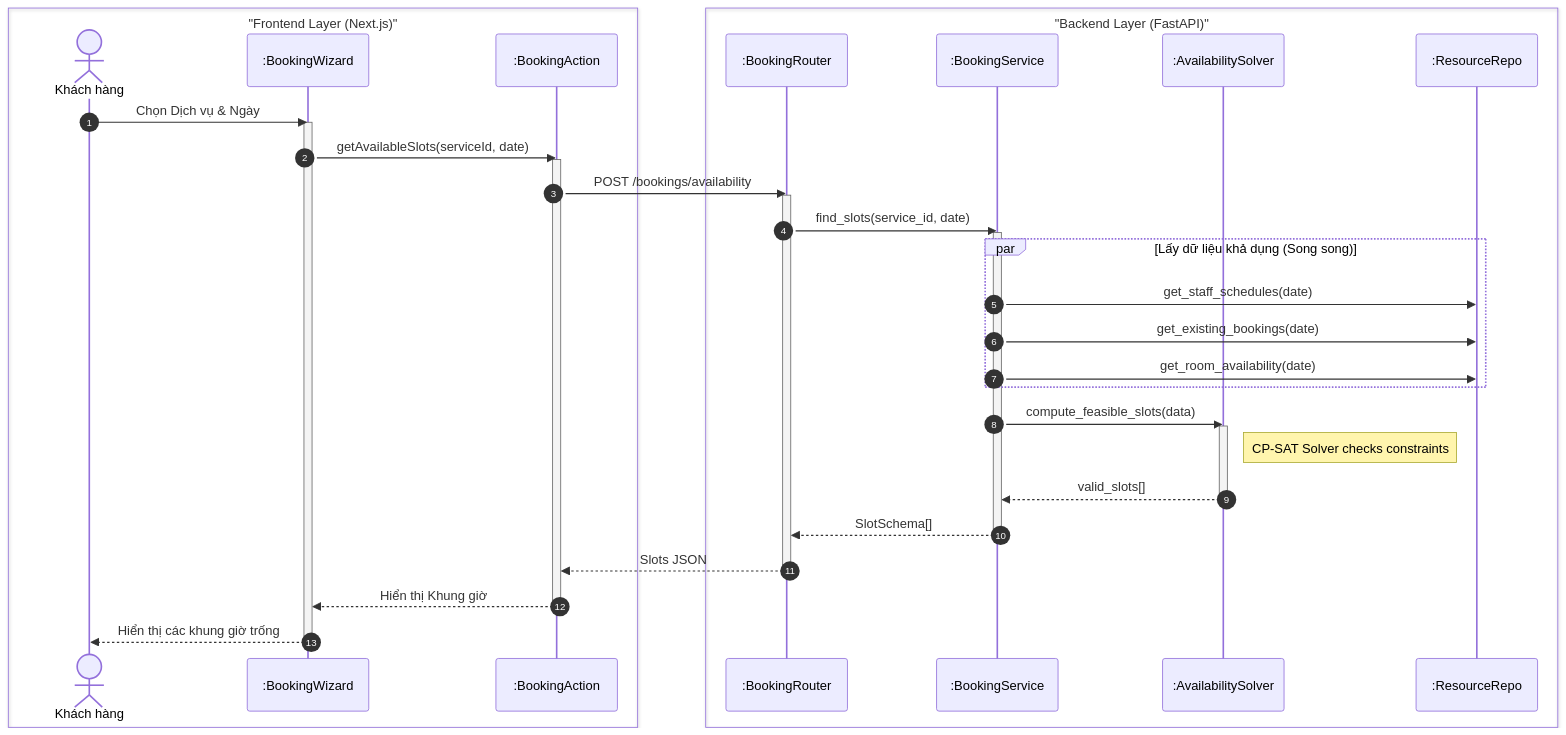
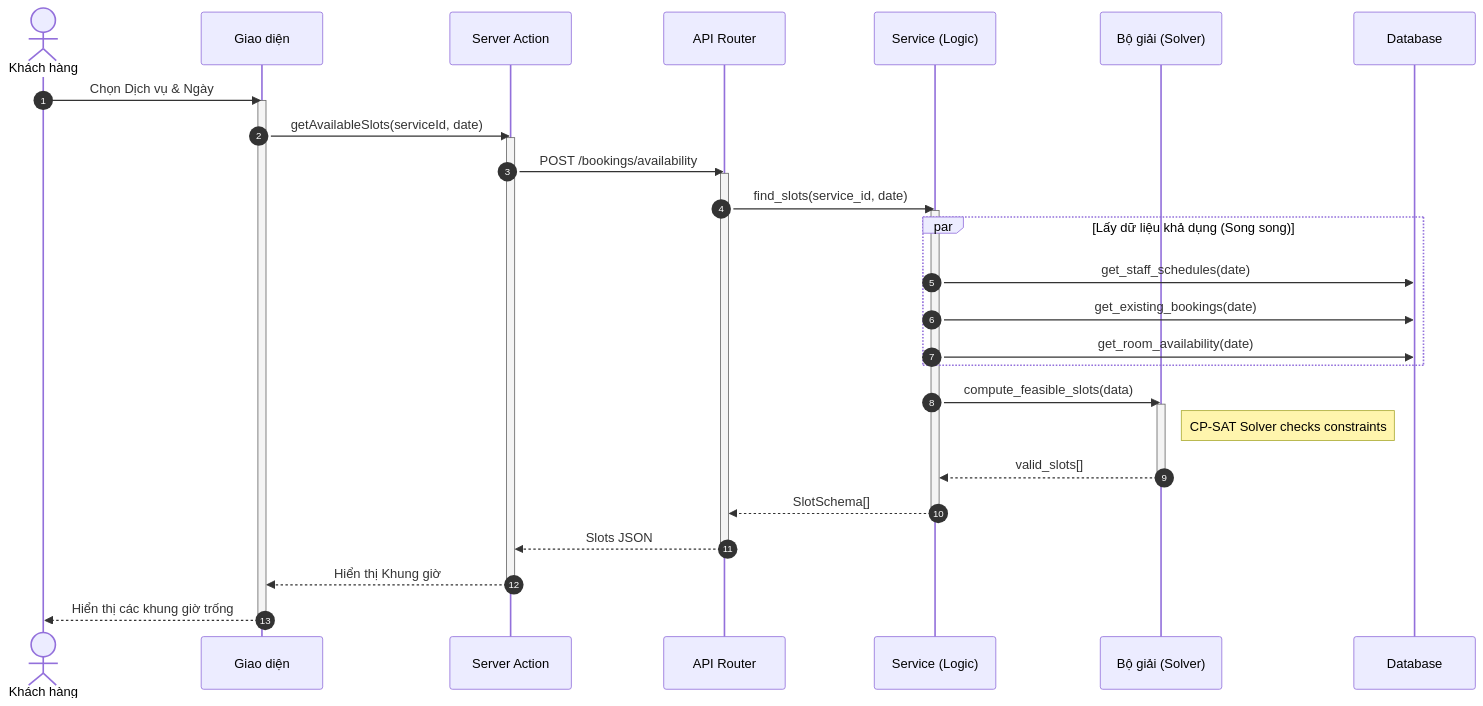
One commit to ngoctinn/Synapse changed the third of 8 diagrams in docs/design/sequences/customer_flows.md. Above: the diagram before and after it, drawn with Mermaid. The commit also changed other lines of this file and 4 other files, not shown here.

Commit message:
docs: Add initial sequence diagrams for admin, authentication, customer, receptionist, and technician flows.

````diff
--- a/docs/design/sequences/customer_flows.md
+++ b/docs/design/sequences/customer_flows.md
@@ -122,51 +112,46 @@
 ```mermaid
 sequenceDiagram
     autonumber
-    box "Frontend Layer (Next.js)"
-        actor KH as Khách hàng
-        participant UI as :BookingWizard
-        participant BFF as :BookingAction
-    end
-
-    box "Backend Layer (FastAPI)"
-        participant API as :BookingRouter
-        participant S as :BookingService
-        participant SOLVER as :AvailabilitySolver
-        participant DB as :ResourceRepo
-    end
+    actor KH as Khách hàng
+    participant UI as Giao diện
+    participant BFF as Server Action
+    participant API as API Router
+    participant S as Service (Logic)
+    participant SOLVER as Bộ giải (Solver)
+    participant DB as Database
 
     KH->>UI: Chọn Dịch vụ & Ngày
     activate UI
     UI->>BFF: getAvailableSlots(serviceId, date)
     activate BFF
 
     BFF->>API: POST /bookings/availability
     activate API
 
     API->>S: find_slots(service_id, date)
     activate S
 
     par Lấy dữ liệu khả dụng (Song song)
         S->>DB: get_staff_schedules(date)
         S->>DB: get_existing_bookings(date)
         S->>DB: get_room_availability(date)
     end
 
     S->>SOLVER: compute_feasible_slots(data)
     activate SOLVER
     note right of SOLVER: CP-SAT Solver checks constraints
     SOLVER-->>S: valid_slots[]
     deactivate SOLVER
 
     S-->>API: SlotSchema[]
     deactivate S
 
     API-->>BFF: Slots JSON
     deactivate API
 
     BFF-->>UI: Hiển thị Khung giờ
     deactivate BFF
 
     UI-->>KH: Hiển thị các khung giờ trống
     deactivate UI
 ```
````
